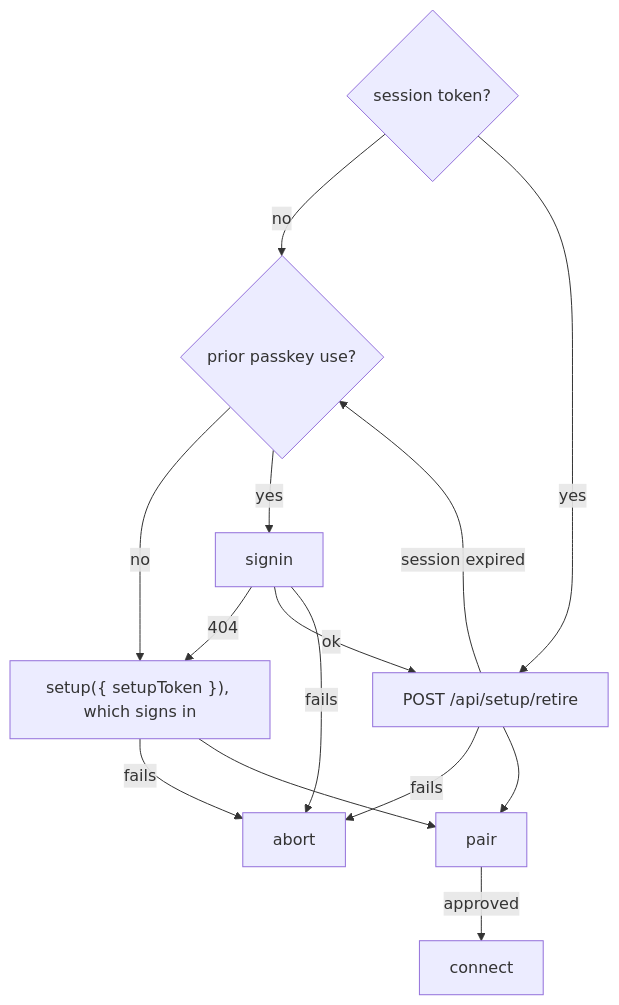
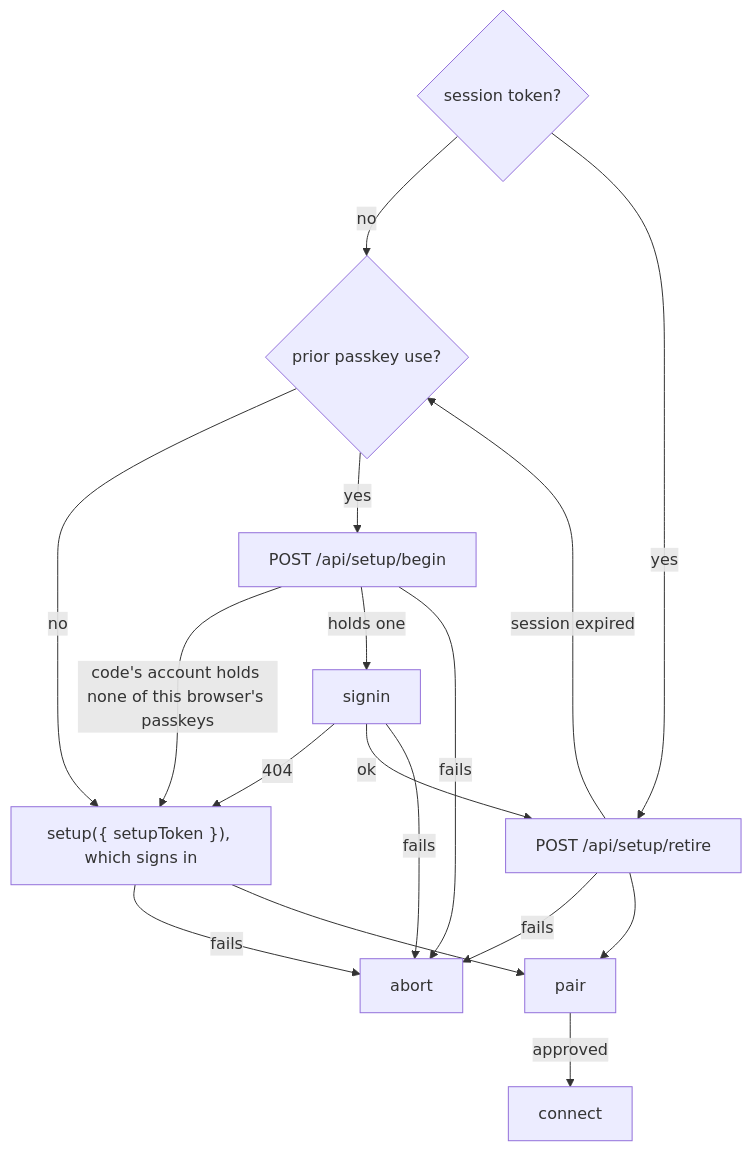
Before and after one commit to diffplug/dormouse: the diagram in docs/specs/pocket-app.md, drawn with Mermaid. The commit also changed other lines of this file and 5 other files, not shown here.

````diff
--- a/docs/specs/pocket-app.md
+++ b/docs/specs/pocket-app.md
@@ -32,15 +32,17 @@
 ```mermaid
 flowchart TD
   T{session token?}
   T -- no --> U{prior passkey use?}
   U -- no --> G["setup({ setupToken }), which signs in"]
-  U -- yes --> I[signin]
+  U -- yes --> B[POST /api/setup/begin]
+  B -- "code's account holds none of this browser's passkeys" --> G
+  B -- holds one --> I[signin]
   I -- 404 --> G
   I -- ok --> R[POST /api/setup/retire]
   T -- yes --> R
   R -- session expired --> U
-  R & I & G -- fails --> X[abort]
+  R & B & I & G -- fails --> X[abort]
   R --> P[pair]
   G --> P
   P -- approved --> C[connect]
 ```
````
